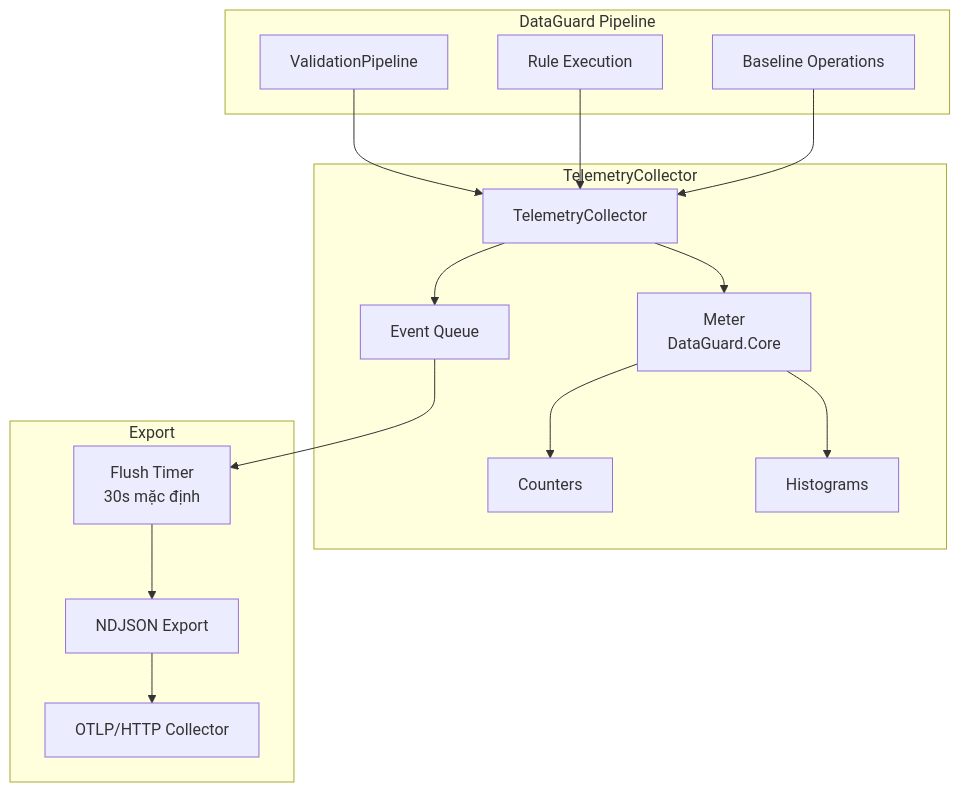
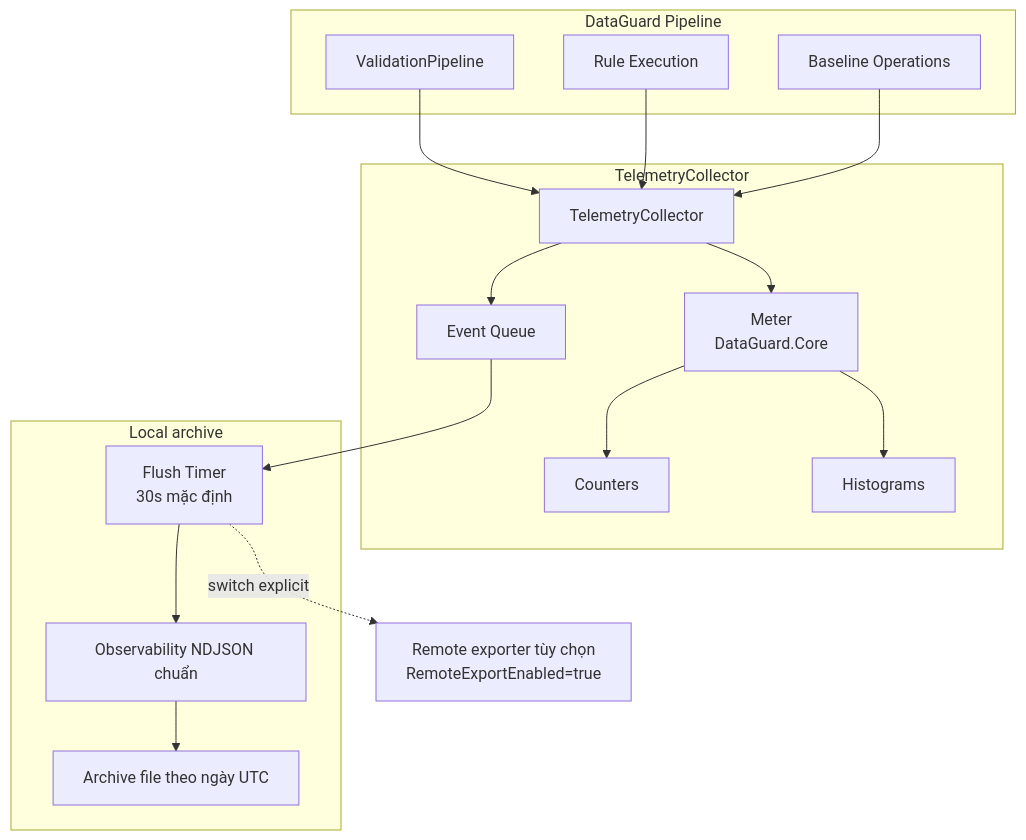
Before and after one commit to thanhnt-sm/eco_support_net_oracle: the diagram in docs/03-components/core/telemetry.vi.md, drawn with Mermaid. The commit also changed other lines of this file and 105 other files, not shown here.

Commit message:
feat(observability): add bounded local telemetry archive

````diff
--- a/docs/03-components/core/telemetry.vi.md
+++ b/docs/03-components/core/telemetry.vi.md
@@ -9,35 +13,37 @@
 ```mermaid
 flowchart TB
     subgraph DataGuard Pipeline
         VP[ValidationPipeline]
         RR[Rule Execution]
         BS[Baseline Operations]
     end
 
     subgraph TelemetryCollector
         TC[TelemetryCollector]
         METER[Meter<br/>DataGuard.Core]
         CTR[Counters]
         HIST[Histograms]
         EVT[Event Queue]
     end
 
-    subgraph Export
+    subgraph Local archive
         FLUSH[Flush Timer<br/>30s mặc định]
-        NDJSON[NDJSON Export]
-        OTLP[OTLP/HTTP Collector]
+        NDJSON[Observability NDJSON chuẩn]
+        ARCHIVE[Archive file theo ngày UTC]
     end
+    REMOTE[Remote exporter tùy chọn<br/>RemoteExportEnabled=true]
 
     VP --> TC
     RR --> TC
     BS --> TC
 
     TC --> METER
     METER --> CTR
     METER --> HIST
     TC --> EVT
 
     EVT --> FLUSH
     FLUSH --> NDJSON
-    NDJSON --> OTLP
+    NDJSON --> ARCHIVE
+    FLUSH -. switch explicit .-> REMOTE
 ```
````
